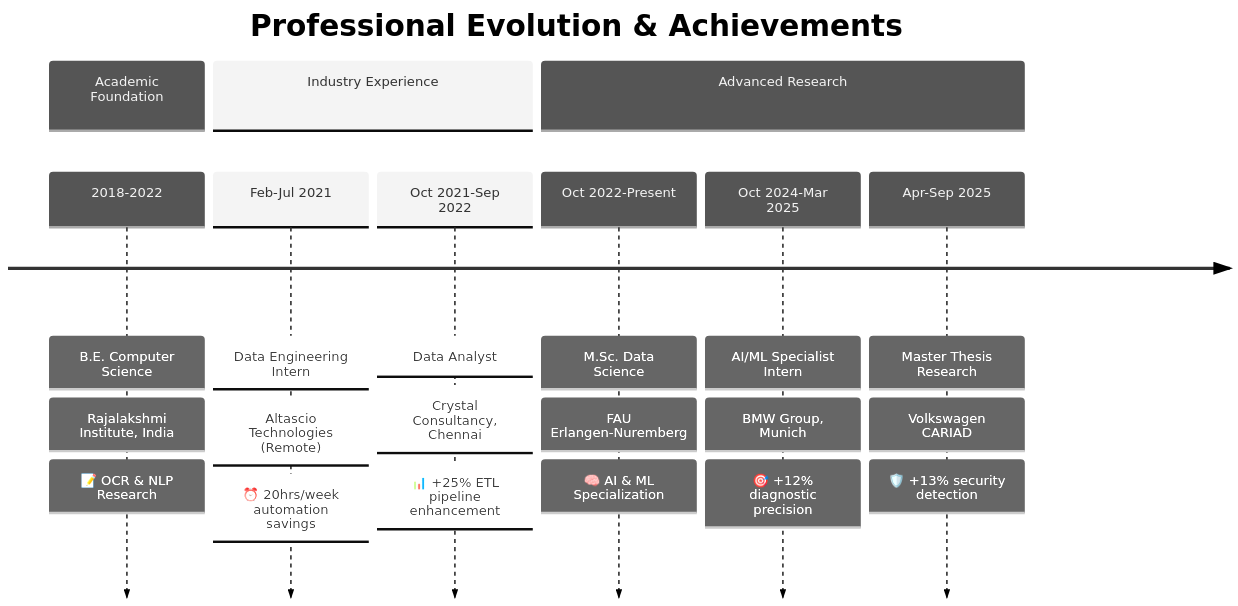
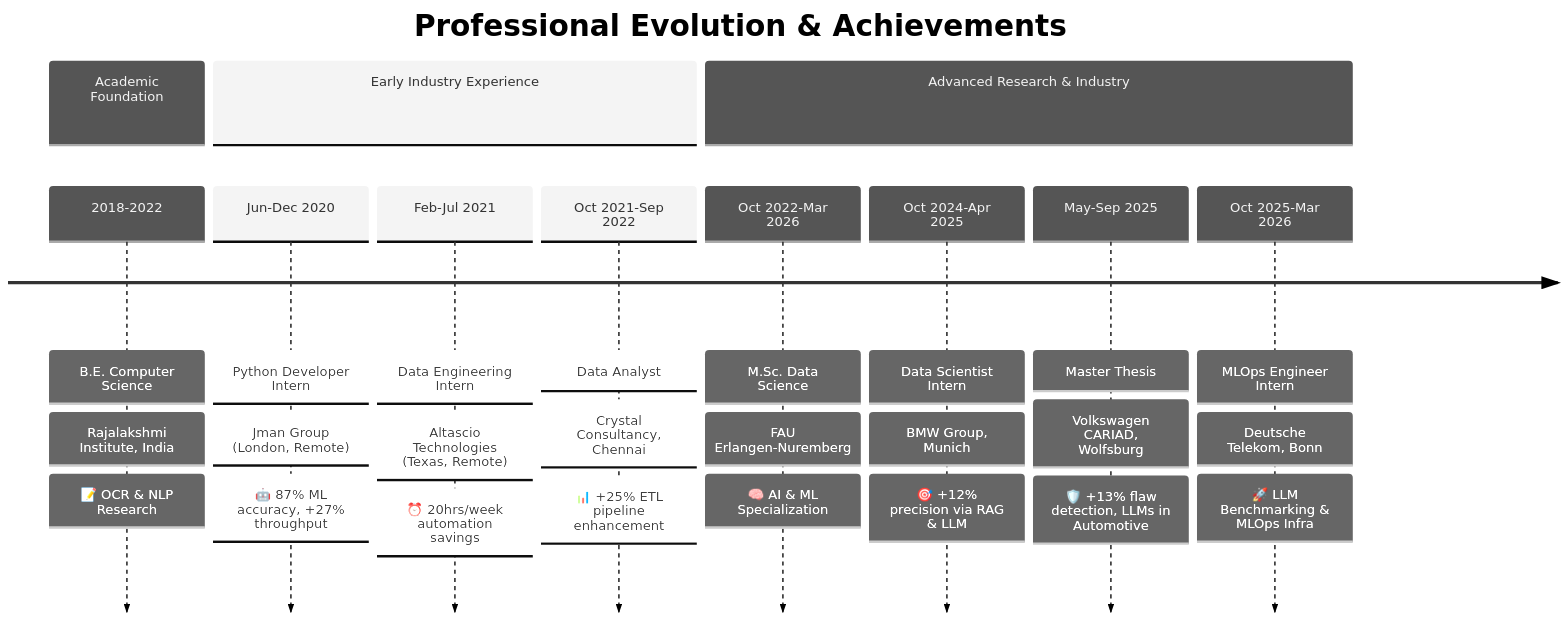
Before and after one commit to DARREN-2000/DARREN-2000: the third of 3 diagrams in README.md, drawn with Mermaid (neutral theme). The commit also changed other lines of this file, not shown here.

First line of the commit message:
Rewrite README.md with updated CV data and correct repo links

````diff
--- a/README.md
+++ b/README.md
@@ -118,28 +170,34 @@
 ```mermaid
 timeline
     title Professional Evolution & Achievements
-    
+
     section Academic Foundation
         2018-2022    : B.E. Computer Science
                      : Rajalakshmi Institute, India
                      : 📝 OCR & NLP Research
-        
-    section Industry Experience
+
+    section Early Industry Experience
+        Jun-Dec 2020 : Python Developer Intern
+                     : Jman Group (London, Remote)
+                     : 🤖 87% ML accuracy, +27% throughput
         Feb-Jul 2021 : Data Engineering Intern
-                     : Altascio Technologies (Remote)
+                     : Altascio Technologies (Texas, Remote)
                      : ⏰ 20hrs/week automation savings
         Oct 2021-Sep 2022 : Data Analyst
                            : Crystal Consultancy, Chennai
                            : 📊 +25% ETL pipeline enhancement
-        
-    section Advanced Research
-        Oct 2022-Present : M.Sc. Data Science
-                         : FAU Erlangen-Nuremberg
-                         : 🧠 AI & ML Specialization
-        Oct 2024-Mar 2025 : AI/ML Specialist Intern
+
+    section Advanced Research & Industry
+        Oct 2022-Mar 2026 : M.Sc. Data Science
+                          : FAU Erlangen-Nuremberg
+                          : 🧠 AI & ML Specialization
+        Oct 2024-Apr 2025 : Data Scientist Intern
                           : BMW Group, Munich
-                          : 🎯 +12% diagnostic precision
-        Apr-Sep 2025      : Master Thesis Research
-                          : Volkswagen CARIAD
-                          : 🛡️ +13% security detection
+                          : 🎯 +12% precision via RAG & LLM
+        May-Sep 2025      : Master Thesis
+                          : Volkswagen CARIAD, Wolfsburg
+                          : 🛡️ +13% flaw detection, LLMs in Automotive
+        Oct 2025-Mar 2026 : MLOps Engineer Intern
+                          : Deutsche Telekom, Bonn
+                          : 🚀 LLM Benchmarking & MLOps Infra
 ```
````
